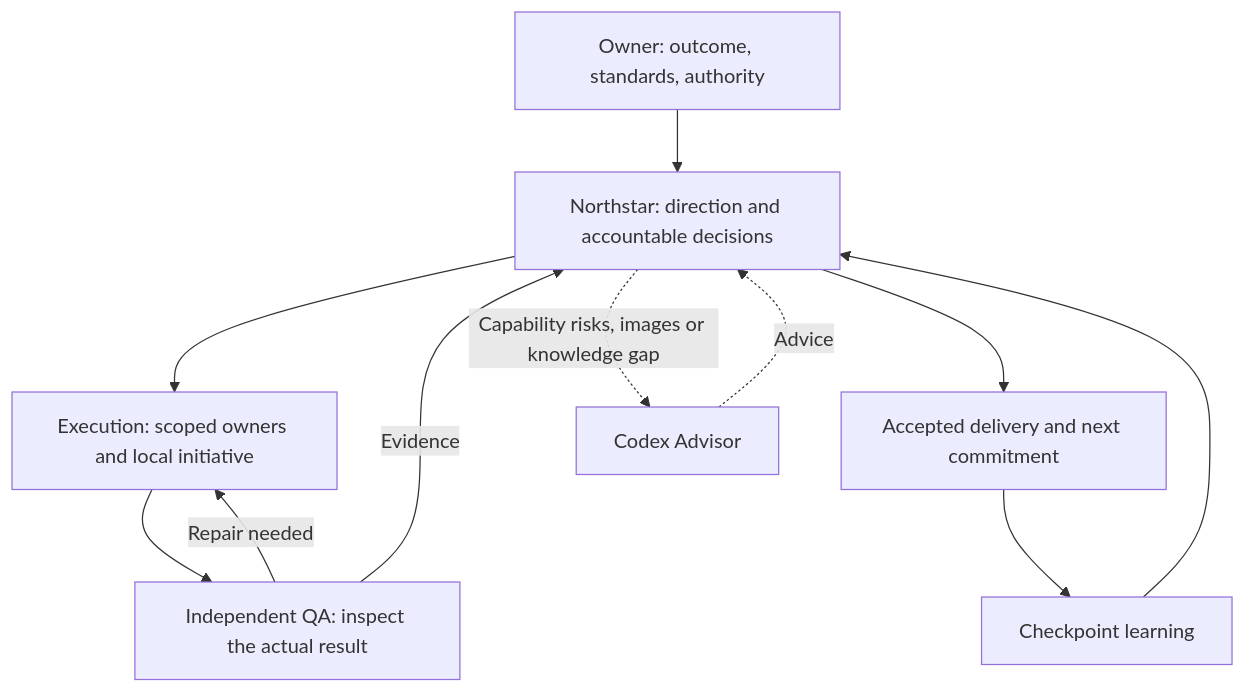
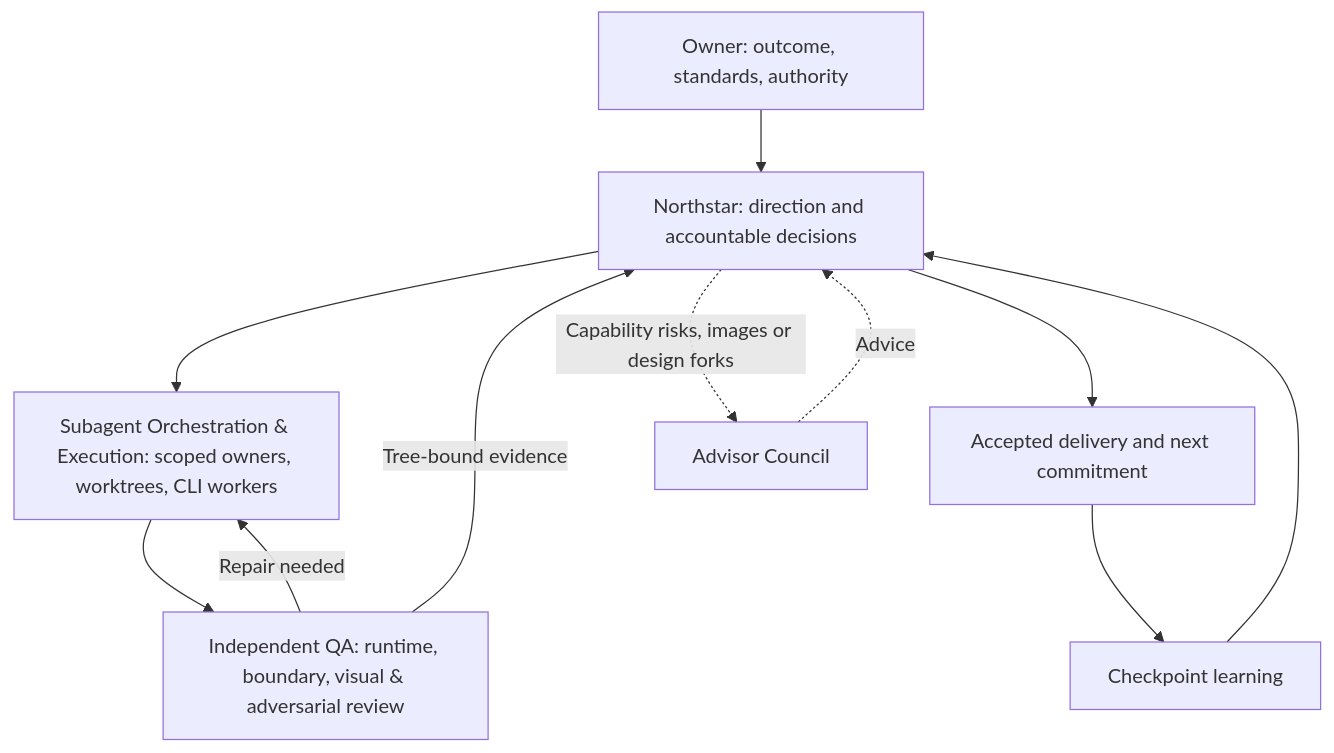
Before and after one commit to stancsz/northstar: the diagram in README.md, drawn with Mermaid. The commit also changed other lines of this file and 94 other files, not shown here.

````diff
--- a/README.md
+++ b/README.md
@@ -110,13 +110,13 @@
 ```mermaid
 flowchart TD
     O[Owner: outcome, standards, authority] --> N[Northstar: direction and accountable decisions]
-    N --> B[Execution: scoped owners and local initiative]
-    B --> Q[Independent QA: inspect the actual result]
+    N --> B[Subagent Orchestration & Execution: scoped owners, worktrees, CLI workers]
+    B --> Q[Independent QA: runtime, boundary, visual & adversarial review]
     Q -->|Repair needed| B
-    Q -->|Evidence| N
+    Q -->|Tree-bound evidence| N
     N --> D[Accepted delivery and next commitment]
-    N -. Capability risks, images or knowledge gap .-> A[Codex Advisor]
+    N -. Capability risks, images or design forks .-> A[Advisor Council]
     A -. Advice .-> N
     D --> L[Checkpoint learning]
     L --> N
 ```
````
